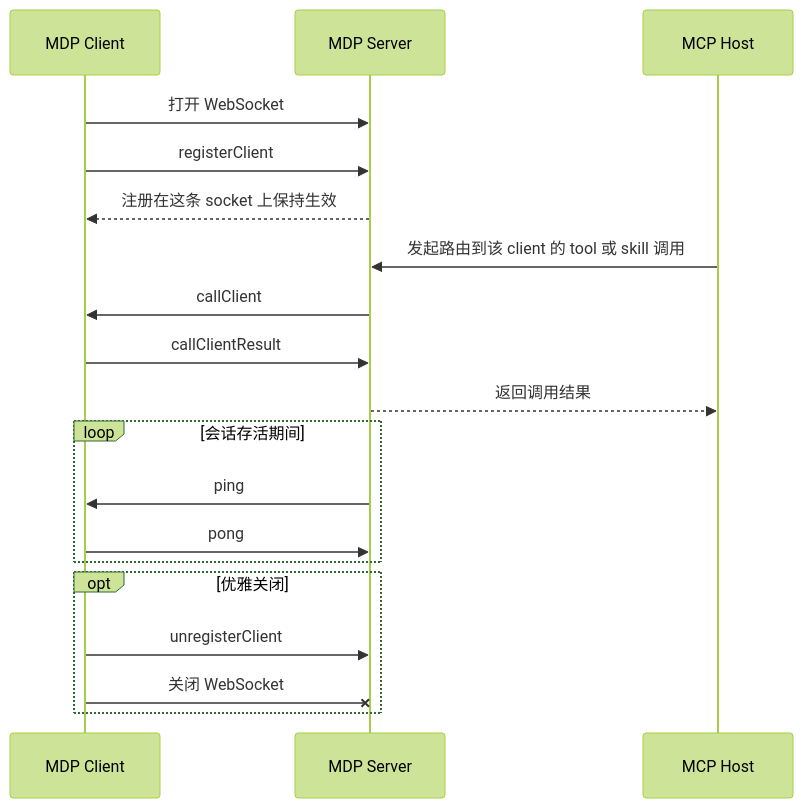
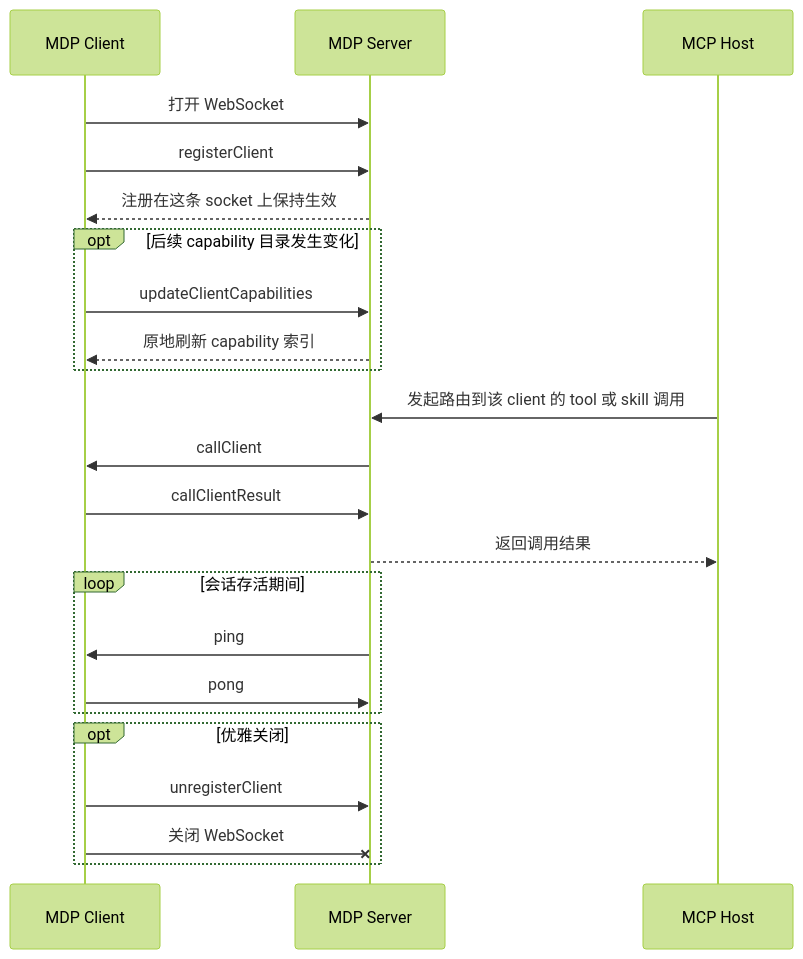
One commit to modeldriveprotocol/modeldriveprotocol changed the diagram in docs/zh-Hans/server/api/websocket-connection.md. Above: the diagram before and after it, drawn with Mermaid (forest theme). The commit also changed other lines of this file and 29 other files, not shown here.

````diff
--- a/docs/zh-Hans/server/api/websocket-connection.md
+++ b/docs/zh-Hans/server/api/websocket-connection.md
@@ -61,25 +64,30 @@
 ```mermaid
 sequenceDiagram
   participant Client as MDP Client
   participant Server as MDP Server
   participant Host as MCP Host
 
   Client->>Server: 打开 WebSocket
   Client->>Server: registerClient
   Server-->>Client: 注册在这条 socket 上保持生效
+
+  opt 后续 capability 目录发生变化
+    Client->>Server: updateClientCapabilities
+    Server-->>Client: 原地刷新 capability 索引
+  end
 
   Host->>Server: 发起路由到该 client 的 tool 或 skill 调用
   Server->>Client: callClient
   Client->>Server: callClientResult
   Server-->>Host: 返回调用结果
 
   loop 会话存活期间
     Server->>Client: ping
     Client->>Server: pong
   end
 
   opt 优雅关闭
     Client->>Server: unregisterClient
     Client-xServer: 关闭 WebSocket
   end
 ```
````
